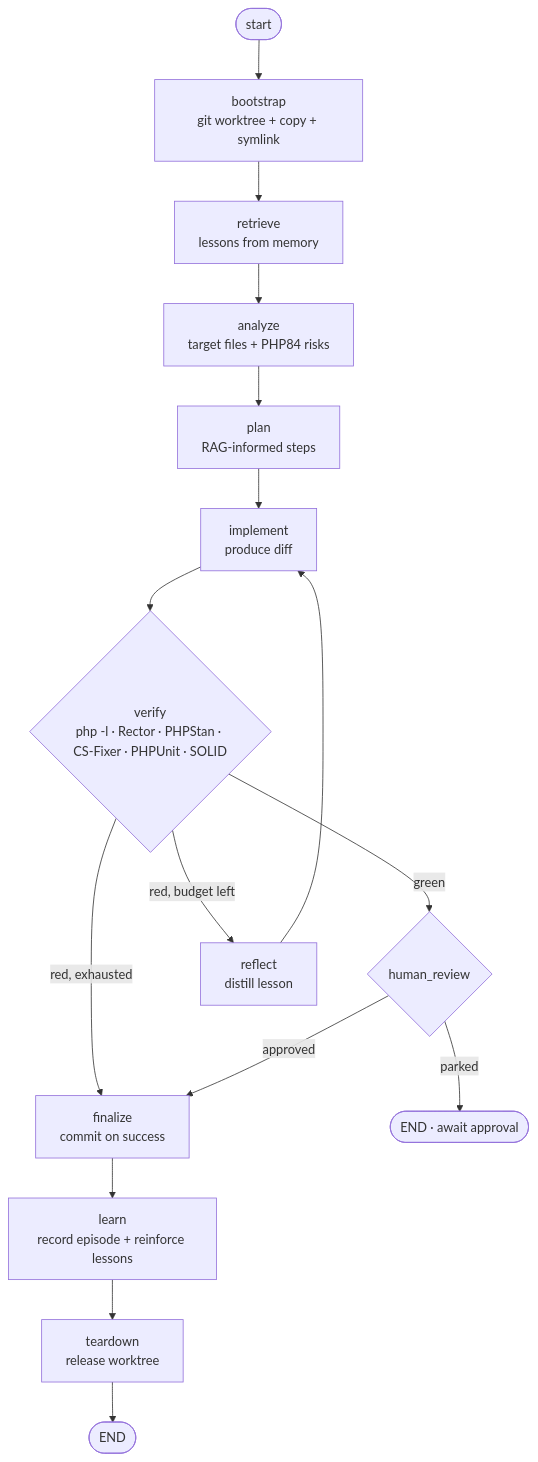
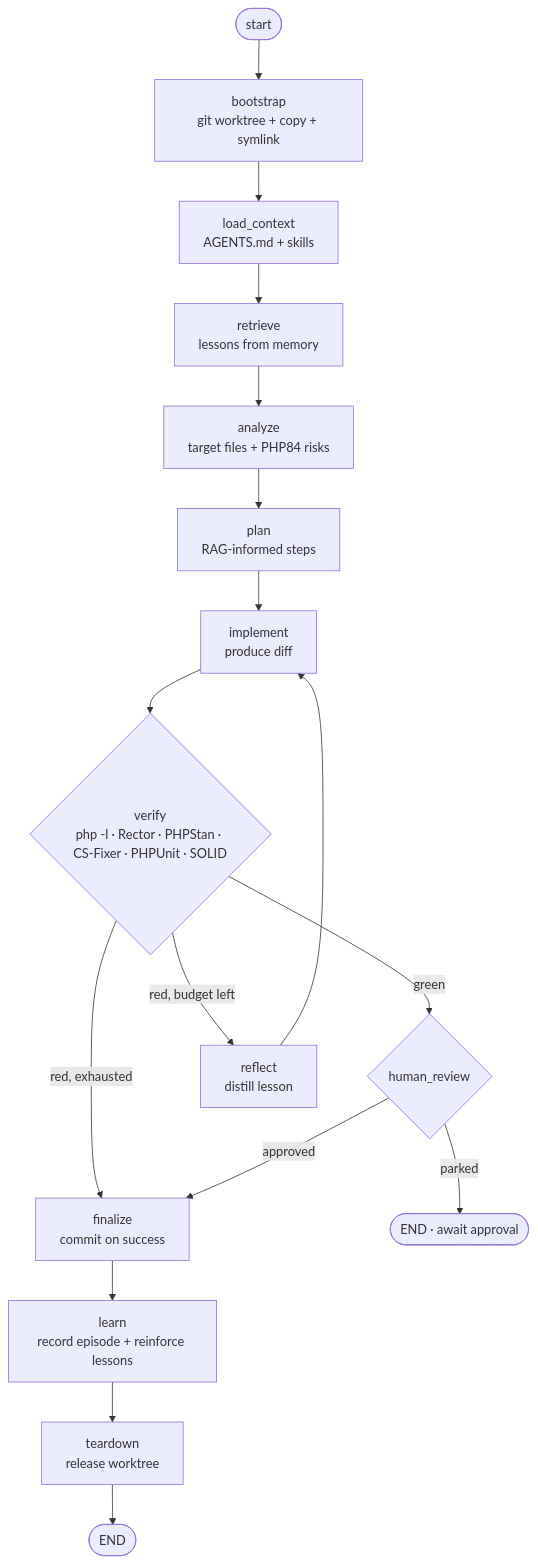
Before and after one commit to izotopSVK/ai_workflow_orchestrator: the diagram in docs/dev_orchestrator.md, drawn with Mermaid. The commit also changed other lines of this file and 17 other files, not shown here.

First line of the commit message:
Support AGENTS.md standard, repo instructions and skills

````diff
--- a/docs/dev_orchestrator.md
+++ b/docs/dev_orchestrator.md
@@ -14,20 +14,21 @@
 ```mermaid
 flowchart TD
     START([start]) --> bootstrap
-    bootstrap[bootstrap<br/>git worktree + copy + symlink] --> retrieve
+    bootstrap[bootstrap<br/>git worktree + copy + symlink] --> load_context
+    load_context[load_context<br/>AGENTS.md + skills] --> retrieve
     retrieve[retrieve<br/>lessons from memory] --> analyze
     analyze[analyze<br/>target files + PHP84 risks] --> plan
     plan[plan<br/>RAG-informed steps] --> implement
     implement[implement<br/>produce diff] --> verify
     verify{verify<br/>php -l · Rector · PHPStan · CS-Fixer · PHPUnit · SOLID}
     verify -- green --> human_review
     verify -- red, budget left --> reflect
     verify -- red, exhausted --> finalize
     reflect[reflect<br/>distill lesson] --> implement
     human_review{human_review}
     human_review -- parked --> ENDP([END · await approval])
     human_review -- approved --> finalize
     finalize[finalize<br/>commit on success] --> learn
     learn[learn<br/>record episode + reinforce lessons] --> teardown
     teardown[teardown<br/>release worktree] --> ENDF([END])
 ```
````
